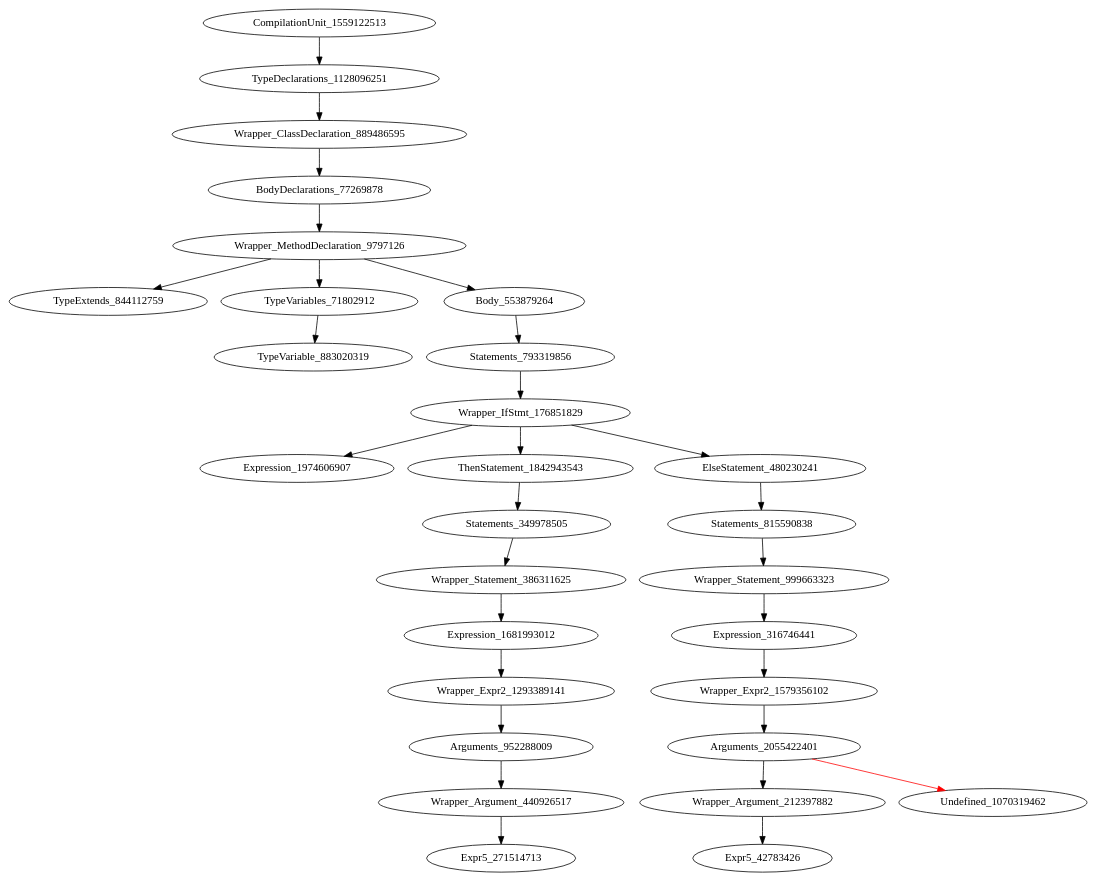
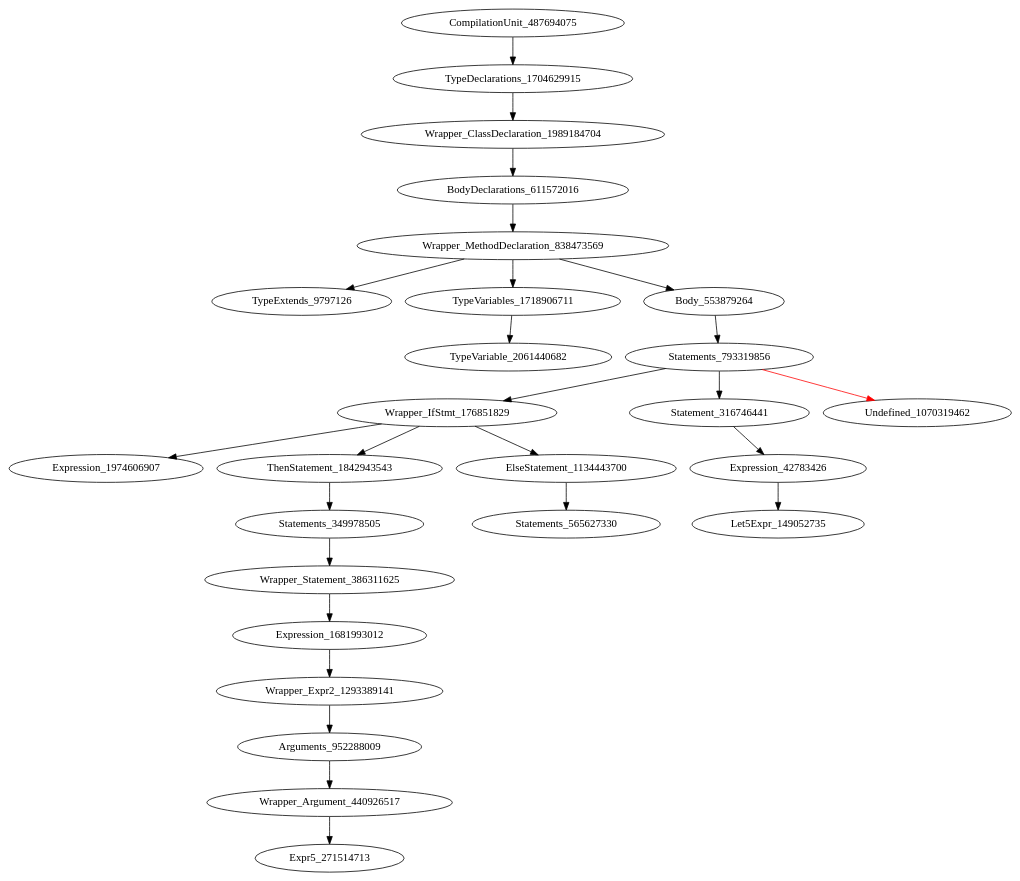
Before and after one commit to icse2023material/VoiceJava: the diagram in holeAST.dot, drawn with Graphviz. The commit also changed 4 other files, not shown here.

```diff
--- a/holeAST.dot
+++ b/holeAST.dot
@@ -1,30 +1,27 @@
 digraph {
-CompilationUnit_1559122513 -> TypeDeclarations_1128096251
-TypeDeclarations_1128096251 -> Wrapper_ClassDeclaration_889486595
-Wrapper_ClassDeclaration_889486595 -> BodyDeclarations_77269878
-BodyDeclarations_77269878 -> Wrapper_MethodDeclaration_9797126
-Wrapper_MethodDeclaration_9797126 -> TypeExtends_844112759
-Wrapper_MethodDeclaration_9797126 -> TypeVariables_71802912
-Wrapper_MethodDeclaration_9797126 -> Body_553879264
-TypeVariables_71802912 -> TypeVariable_883020319
+CompilationUnit_487694075 -> TypeDeclarations_1704629915
+TypeDeclarations_1704629915 -> Wrapper_ClassDeclaration_1989184704
+Wrapper_ClassDeclaration_1989184704 -> BodyDeclarations_611572016
+BodyDeclarations_611572016 -> Wrapper_MethodDeclaration_838473569
+Wrapper_MethodDeclaration_838473569 -> TypeExtends_9797126
+Wrapper_MethodDeclaration_838473569 -> TypeVariables_1718906711
+Wrapper_MethodDeclaration_838473569 -> Body_553879264
+TypeVariables_1718906711 -> TypeVariable_2061440682
 Body_553879264 -> Statements_793319856
 Statements_793319856 -> Wrapper_IfStmt_176851829
+Statements_793319856 -> Statement_316746441
+Statements_793319856 -> Undefined_1070319462 [color = red] 
 Wrapper_IfStmt_176851829 -> Expression_1974606907
 Wrapper_IfStmt_176851829 -> ThenStatement_1842943543
-Wrapper_IfStmt_176851829 -> ElseStatement_480230241
+Wrapper_IfStmt_176851829 -> ElseStatement_1134443700
+Statement_316746441 -> Expression_42783426
 ThenStatement_1842943543 -> Statements_349978505
-ElseStatement_480230241 -> Statements_815590838
+ElseStatement_1134443700 -> Statements_565627330
+Expression_42783426 -> Let5Expr_149052735
 Statements_349978505 -> Wrapper_Statement_386311625
-Statements_815590838 -> Wrapper_Statement_999663323
 Wrapper_Statement_386311625 -> Expression_1681993012
-Wrapper_Statement_999663323 -> Expression_316746441
 Expression_1681993012 -> Wrapper_Expr2_1293389141
-Expression_316746441 -> Wrapper_Expr2_1579356102
 Wrapper_Expr2_1293389141 -> Arguments_952288009
-Wrapper_Expr2_1579356102 -> Arguments_2055422401
 Arguments_952288009 -> Wrapper_Argument_440926517
-Arguments_2055422401 -> Wrapper_Argument_212397882
-Arguments_2055422401 -> Undefined_1070319462 [color = red] 
 Wrapper_Argument_440926517 -> Expr5_271514713
-Wrapper_Argument_212397882 -> Expr5_42783426
 }
```
